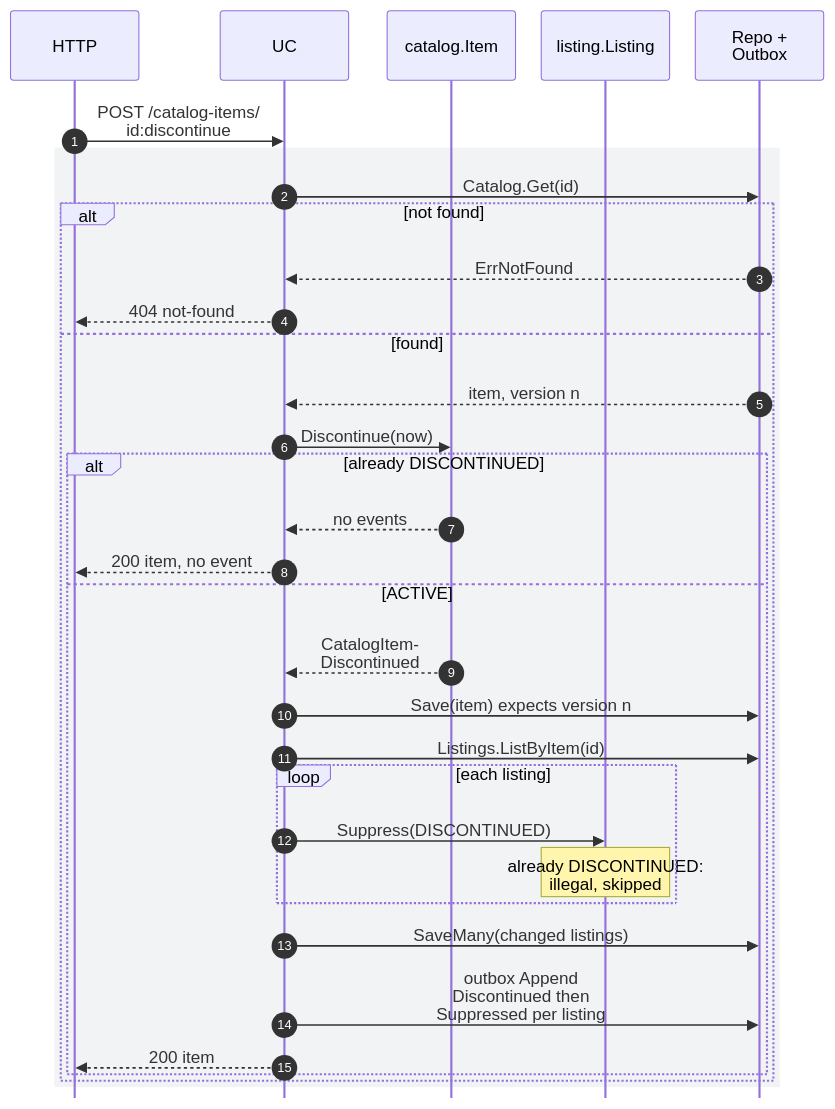
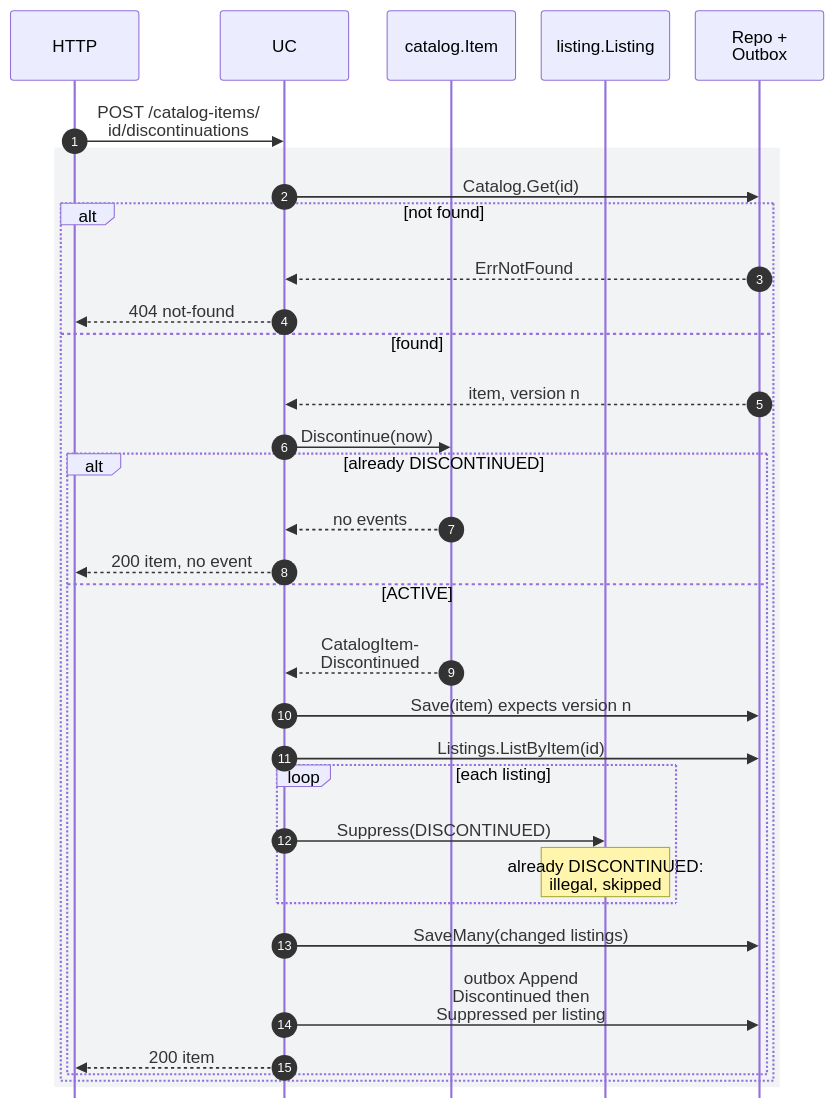
One commit to IQVO/offer-availability changed the second of 7 diagrams in docs/docs/ddd/sequence-diagrams.md. Above: the diagram before and after it, drawn with Mermaid. The commit also changed 34 other files, not shown here.

````diff
--- a/docs/docs/ddd/sequence-diagrams.md
+++ b/docs/docs/ddd/sequence-diagrams.md
@@ -67,36 +67,36 @@
 ```mermaid
 %%{init: {"sequence": {"wrap": true, "width": 120, "actorMargin": 24, "messageMargin": 28, "boxMargin": 6, "noteMargin": 6, "mirrorActors": false}}}%%
 sequenceDiagram
     autonumber
     participant HTTP
     participant UC as UC
     participant IT as catalog.Item
     participant LI as listing.Listing
     participant DB as Repo + Outbox
-    HTTP->>UC: POST /catalog-items/<br/>id:discontinue
+    HTTP->>UC: POST /catalog-items/<br/>id/discontinuations
     rect rgb(241, 243, 245)
         UC->>DB: Catalog.Get(id)
         alt not found
             DB-->>UC: ErrNotFound
             UC-->>HTTP: 404 not-found
         else found
             DB-->>UC: item, version n
             UC->>IT: Discontinue(now)
             alt already DISCONTINUED
                 IT-->>UC: no events
                 UC-->>HTTP: 200 item, no event
             else ACTIVE
                 IT-->>UC: CatalogItem-<br/>Discontinued
                 UC->>DB: Save(item) expects version n
                 UC->>DB: Listings.ListByItem(id)
                 loop each listing
                     UC->>LI: Suppress(DISCONTINUED)
                     Note over LI: already DISCONTINUED:<br/>illegal, skipped
                 end
                 UC->>DB: SaveMany(changed listings)
                 UC->>DB: outbox Append<br/>Discontinued then<br/>Suppressed per listing
                 UC-->>HTTP: 200 item
             end
         end
     end
 ```
````
